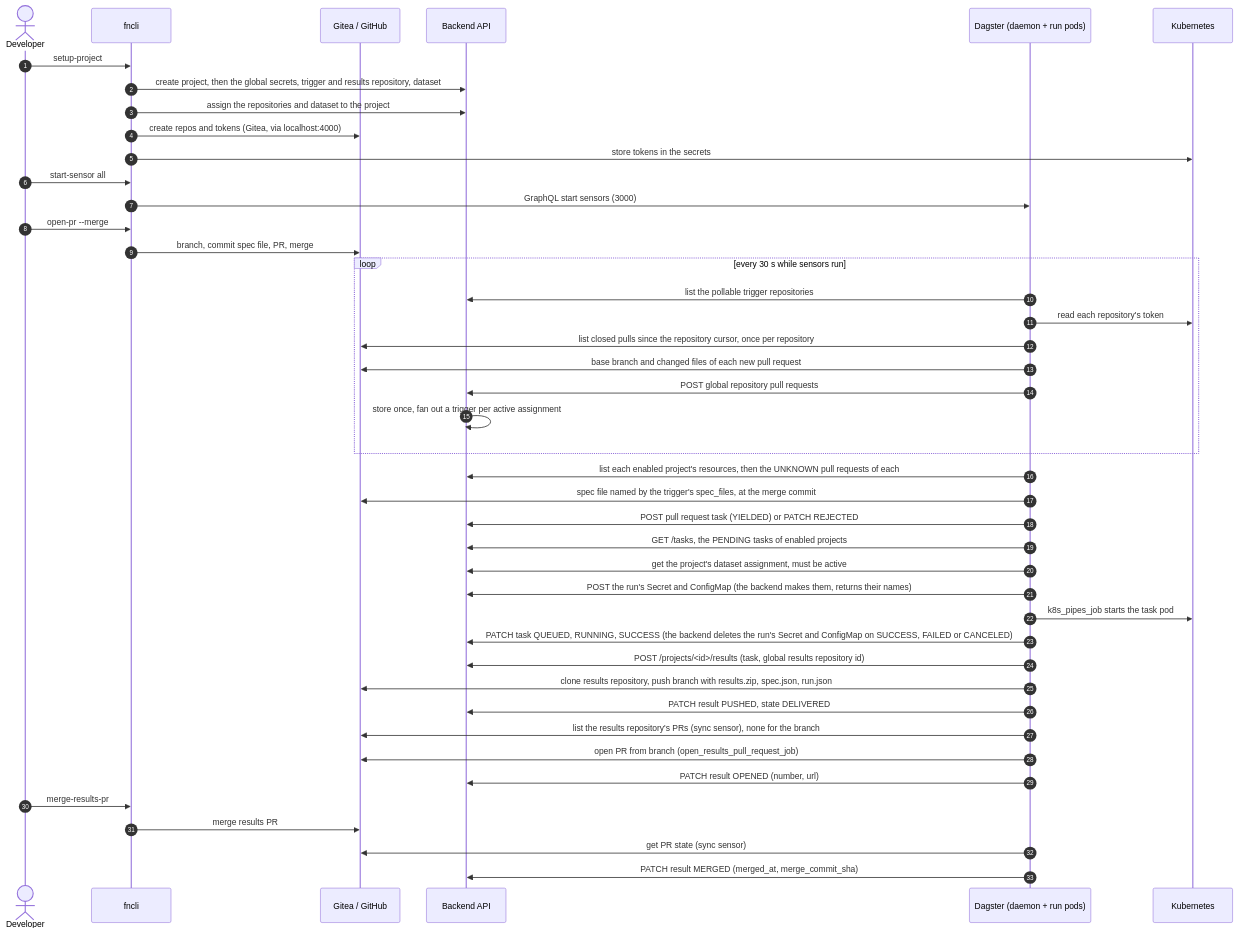
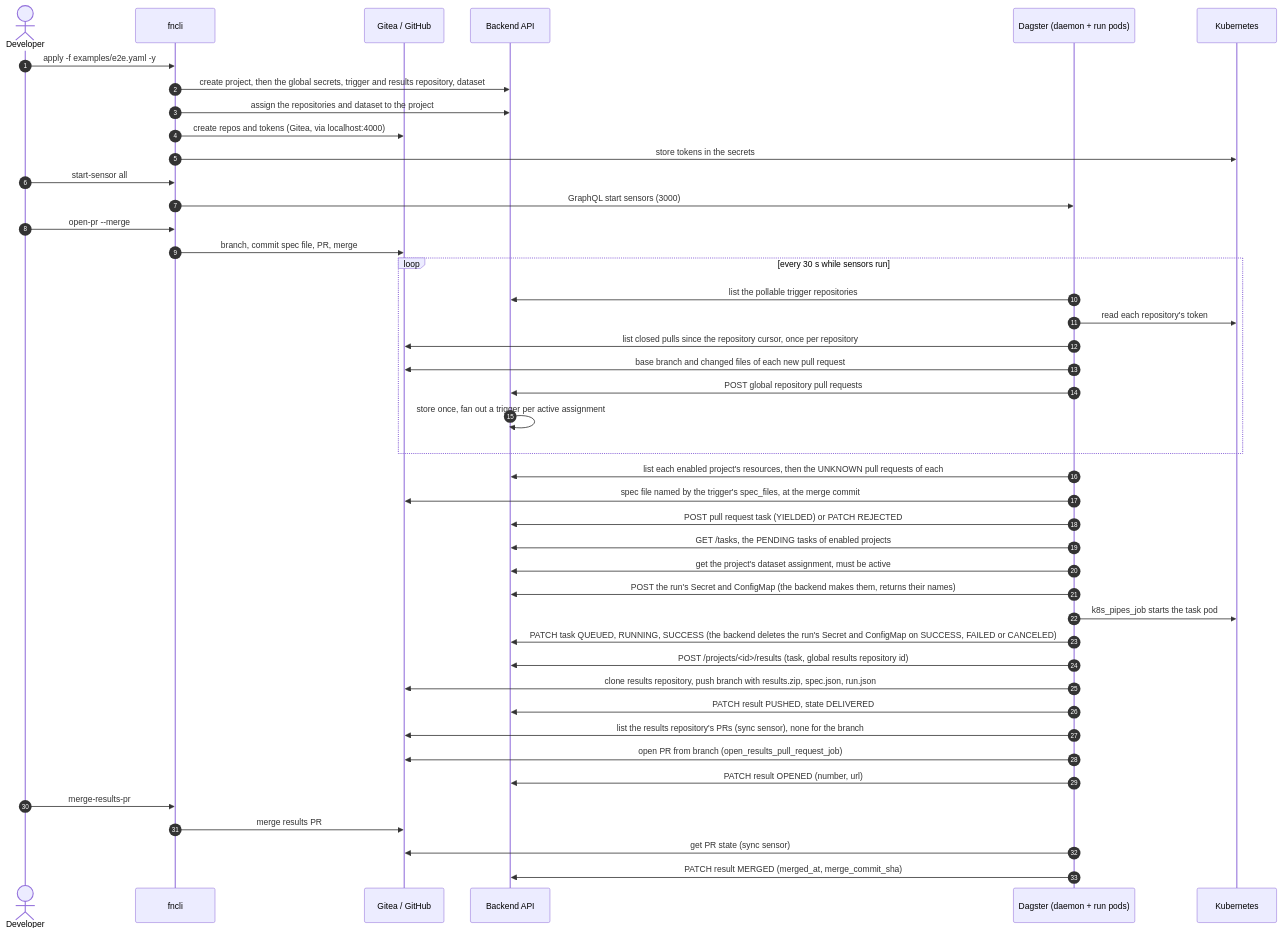
The second of 3 diagrams in docs/architecture/flows.md (Aridhia-Open-Source/PHEMS_federated_node), drawn with Mermaid before and after one commit. The commit also changed 15 other files, not shown here.

Commit message:
docs: replace removed fncli setup/teardown commands with diff/apply/delete

````diff
--- a/docs/architecture/flows.md
+++ b/docs/architecture/flows.md
@@ -56,47 +56,47 @@
 ```mermaid
 sequenceDiagram
     autonumber
     actor Dev as Developer
     participant CLI as fncli
     participant Git as Gitea / GitHub
     participant BE as Backend API
     participant DG as Dagster (daemon + run pods)
     participant K8s as Kubernetes
 
-    Dev->>CLI: setup-project
+    Dev->>CLI: apply -f examples/e2e.yaml -y
     CLI->>BE: create project, then the global secrets, trigger and results repository, dataset
     CLI->>BE: assign the repositories and dataset to the project
     CLI->>Git: create repos and tokens (Gitea, via localhost:4000)
     CLI->>K8s: store tokens in the secrets
     Dev->>CLI: start-sensor all
     CLI->>DG: GraphQL start sensors (3000)
     Dev->>CLI: open-pr --merge
     CLI->>Git: branch, commit spec file, PR, merge
 
     loop every 30 s while sensors run
         DG->>BE: list the pollable trigger repositories
         DG->>K8s: read each repository's token
         DG->>Git: list closed pulls since the repository cursor, once per repository
         DG->>Git: base branch and changed files of each new pull request
         DG->>BE: POST global repository pull requests
         BE->>BE: store once, fan out a trigger per active assignment
     end
     DG->>BE: list each enabled project's resources, then the UNKNOWN pull requests of each
     DG->>Git: spec file named by the trigger's spec_files, at the merge commit
     DG->>BE: POST pull request task (YIELDED) or PATCH REJECTED
     DG->>BE: GET /tasks, the PENDING tasks of enabled projects
     DG->>BE: get the project's dataset assignment, must be active
     DG->>BE: POST the run's Secret and ConfigMap (the backend makes them, returns their names)
     DG->>K8s: k8s_pipes_job starts the task pod
     DG->>BE: PATCH task QUEUED, RUNNING, SUCCESS (the backend deletes the run's Secret and ConfigMap on SUCCESS, FAILED or CANCELED)
     DG->>BE: POST /projects/<id>/results (task, global results repository id)
     DG->>Git: clone results repository, push branch with results.zip, spec.json, run.json
     DG->>BE: PATCH result PUSHED, state DELIVERED
     DG->>Git: list the results repository's PRs (sync sensor), none for the branch
     DG->>Git: open PR from branch (open_results_pull_request_job)
     DG->>BE: PATCH result OPENED (number, url)
     Dev->>CLI: merge-results-pr
     CLI->>Git: merge results PR
     DG->>Git: get PR state (sync sensor)
     DG->>BE: PATCH result MERGED (merged_at, merge_commit_sha)
 ```
````
